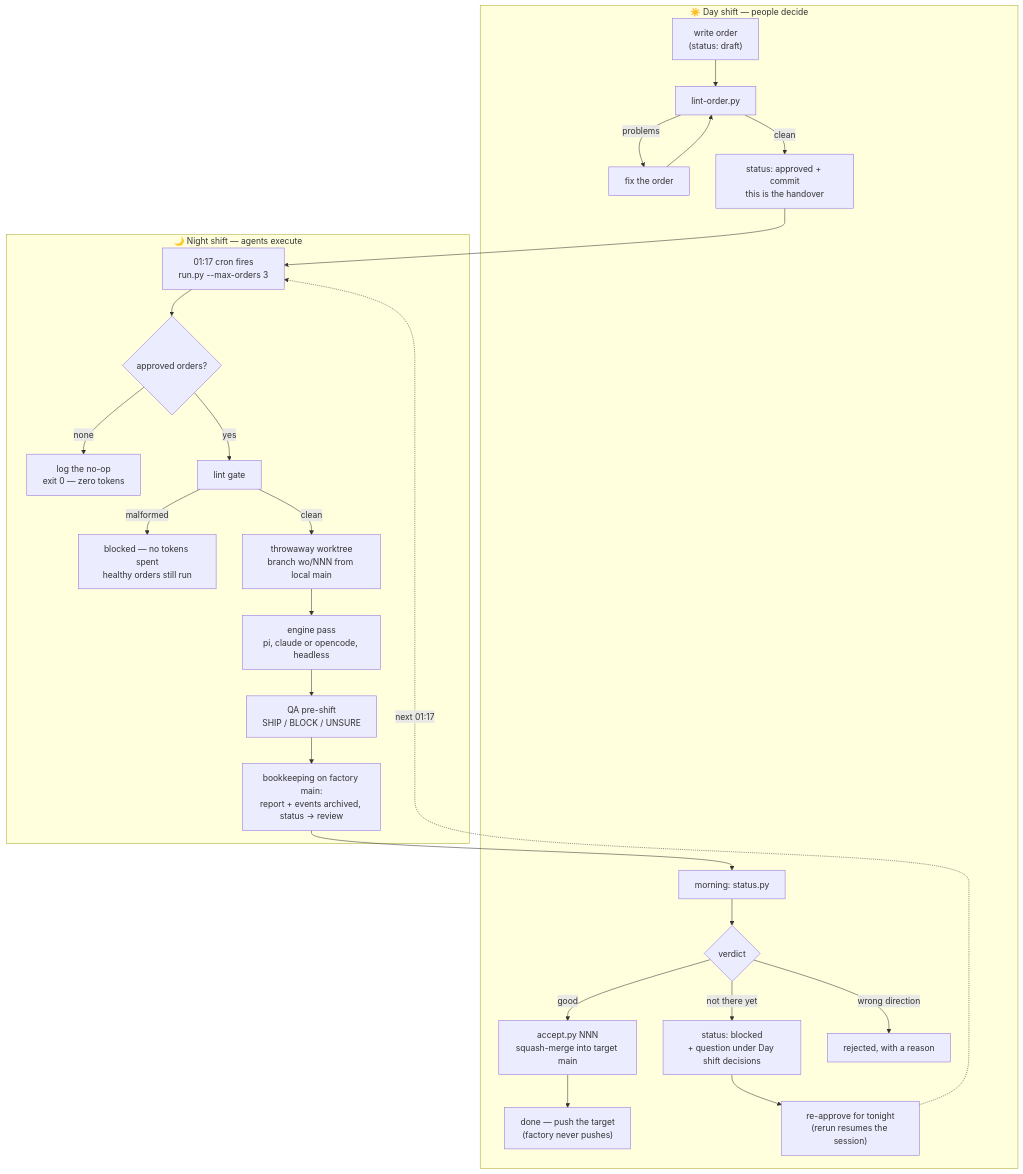
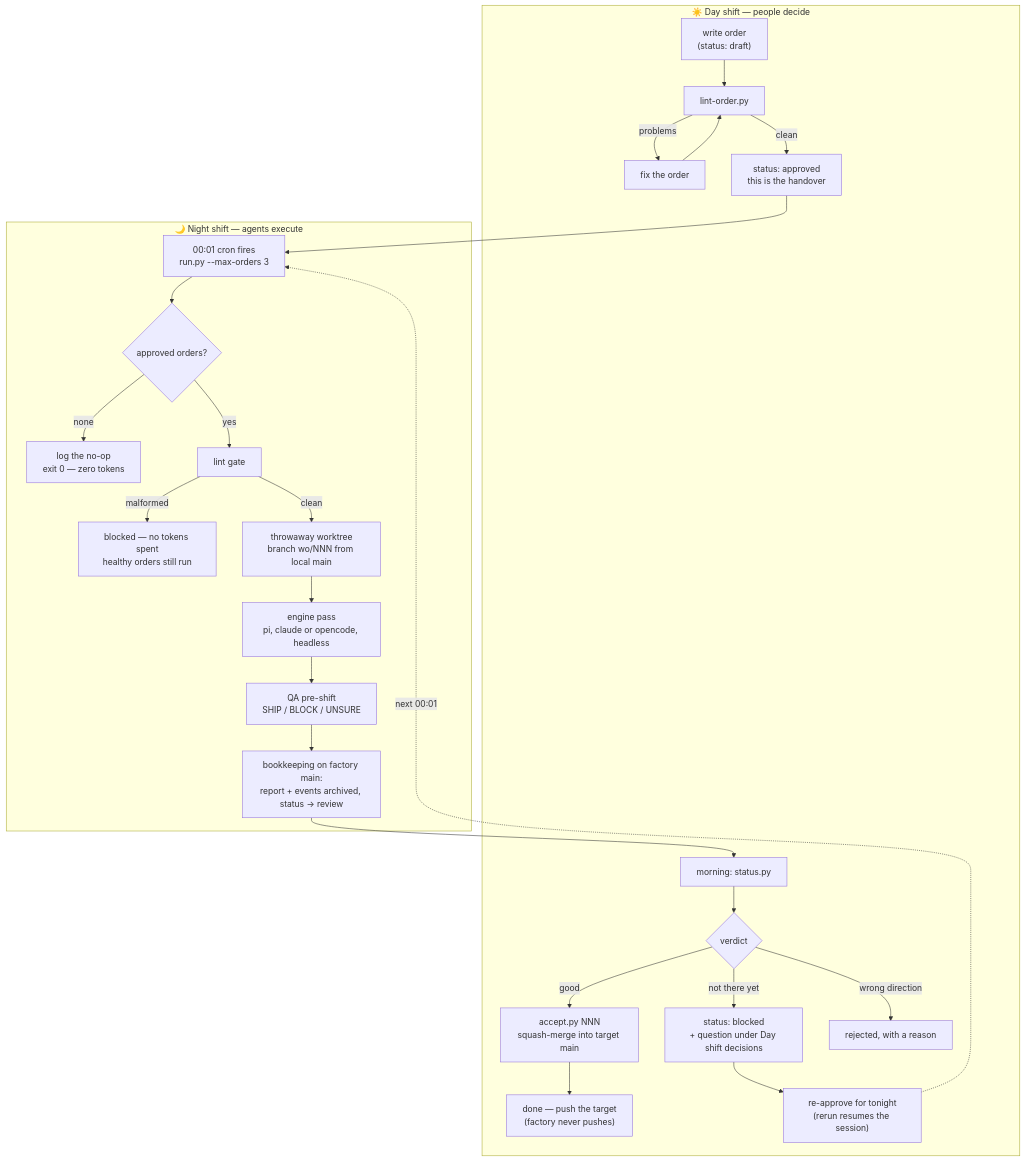
The first of 2 diagrams in docs/flow.md (tacoda/moonlighting), drawn with Mermaid before and after one commit. The commit also changed other lines of this file and 5 other files, not shown here.

````diff
--- a/docs/flow.md
+++ b/docs/flow.md
@@ -8,30 +8,30 @@
 ```mermaid
 flowchart TD
     subgraph DAY ["☀️ Day shift — people decide"]
         A["write order\n(status: draft)"] --> B["lint-order.py"]
         B -->|"problems"| B2["fix the order"]
         B2 --> B
-        B -->|"clean"| C["status: approved + commit\nthis is the handover"]
+        B -->|"clean"| C["status: approved\nthis is the handover"]
         M["morning: status.py"] --> N{"verdict"}
         N -->|"good"| O["accept.py NNN\nsquash-merge into target main"]
         O --> P["done — push the target\n(factory never pushes)"]
         N -->|"not there yet"| Q["status: blocked\n+ question under Day shift decisions"]
         Q --> RE["re-approve for tonight\n(rerun resumes the session)"]
         N -->|"wrong direction"| R["rejected, with a reason"]
     end
 
     subgraph NIGHT ["🌙 Night shift — agents execute"]
-        S["01:17 cron fires\nrun.py --max-orders 3"] --> T{"approved orders?"}
+        S["00:01 cron fires\nrun.py --max-orders 3"] --> T{"approved orders?"}
         T -->|"none"| U["log the no-op\nexit 0 — zero tokens"]
         T -->|"yes"| V["lint gate"]
         V -->|"malformed"| W["blocked — no tokens spent\nhealthy orders still run"]
         V -->|"clean"| X["throwaway worktree\nbranch wo/NNN from local main"]
         X --> Y["engine pass\npi, claude or opencode, headless"]
         Y --> Z["QA pre-shift\nSHIP / BLOCK / UNSURE"]
         Z --> AA["bookkeeping on factory main:\nreport + events archived, status → review"]
     end
 
     C --> S
     AA --> M
-    RE -.->|"next 01:17"| S
+    RE -.->|"next 00:01"| S
 ```
````
